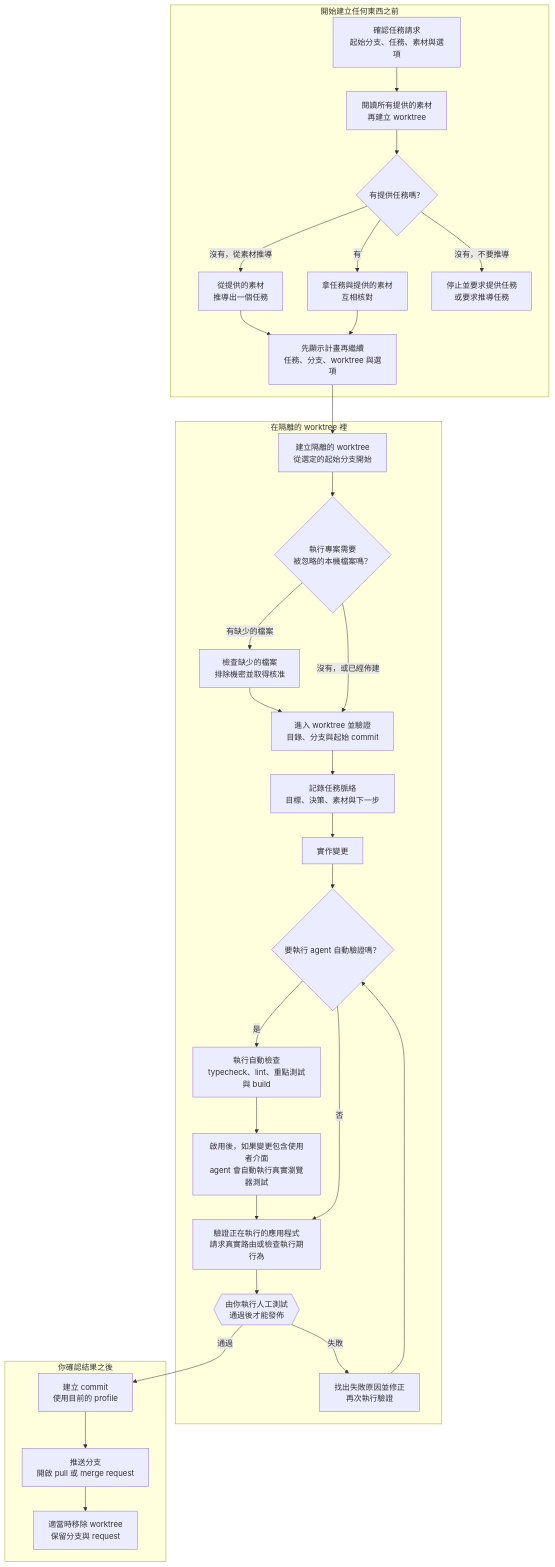
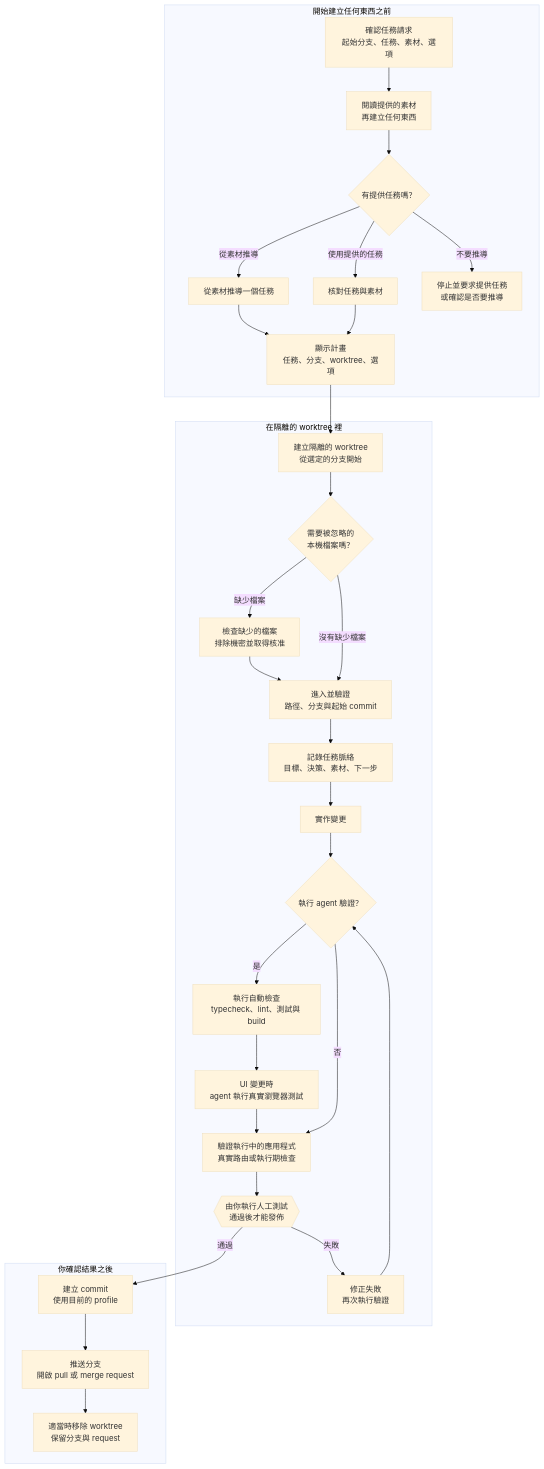
One commit to sherrilla71940/dotfiles changed the second of 3 diagrams in README.zh-TW.md. Above: the diagram before and after it, drawn with Mermaid. The commit also changed other lines of this file and 1 other file, not shown here.

Commit message:
docs(readme): clarify Mermaid workflow diagrams

````diff
--- a/README.zh-TW.md
+++ b/README.zh-TW.md
@@ -187,54 +188,55 @@
 ```mermaid
+%%{init: {"theme": "base", "themeVariables": {"fontSize": "16px", "fontFamily": "system-ui, sans-serif"}}}%%
 flowchart TD
     subgraph resolve["開始建立任何東西之前"]
-        A["確認任務請求<br/>起始分支、任務、素材與選項"]
-        B["閱讀所有提供的素材<br/>再建立 worktree"]
+        A["確認任務請求<br/>起始分支、任務、素材、選項"]
+        B["閱讀提供的素材<br/>再建立任何東西"]
         C{"有提供任務嗎？"}
-        D["從提供的素材<br/>推導出一個任務"]
-        E["拿任務與提供的素材<br/>互相核對"]
-        F["先顯示計畫再繼續<br/>任務、分支、worktree 與選項"]
-        Z["停止並要求提供任務<br/>或要求推導任務"]
+        D["從素材推導一個任務"]
+        E["核對任務與素材"]
+        F["顯示計畫<br/>任務、分支、worktree、選項"]
+        Z["停止並要求提供任務<br/>或確認是否要推導"]
         A --> B --> C
-        C -->|"沒有，從素材推導"| D
-        C -->|"有"| E
-        C -->|"沒有，不要推導"| Z
+        C -->|"從素材推導"| D
+        C -->|"使用提供的任務"| E
+        C -->|"不要推導"| Z
         D --> F
         E --> F
     end
 
     subgraph isolate["在隔離的 worktree 裡"]
-        G["建立隔離的 worktree<br/>從選定的起始分支開始"]
-        H{"執行專案需要<br/>被忽略的本機檔案嗎？"}
+        G["建立隔離的 worktree<br/>從選定的分支開始"]
+        H{"需要被忽略的<br/>本機檔案嗎？"}
         I["檢查缺少的檔案<br/>排除機密並取得核准"]
-        J["進入 worktree 並驗證<br/>目錄、分支與起始 commit"]
-        K["記錄任務脈絡<br/>目標、決策、素材與下一步"]
+        J["進入並驗證<br/>路徑、分支與起始 commit"]
+        K["記錄任務脈絡<br/>目標、決策、素材、下一步"]
         L["實作變更"]
-        M{"要執行 agent 自動驗證嗎？"}
-        N["執行自動檢查<br/>typecheck、lint、重點測試與 build"]
-        N2["啟用後，如果變更包含使用者介面<br/>agent 會自動執行真實瀏覽器測試"]
-        N3["驗證正在執行的應用程式<br/>請求真實路由或檢查執行期行為"]
+        M{"執行 agent 驗證？"}
+        N["執行自動檢查<br/>typecheck、lint、測試與 build"]
+        N2["UI 變更時<br/>agent 執行真實瀏覽器測試"]
+        N3["驗證執行中的應用程式<br/>真實路由或執行期檢查"]
         O{{"由你執行人工測試<br/>通過後才能發佈"}}
-        P["找出失敗原因並修正<br/>再次執行驗證"]
+        P["修正失敗<br/>再次執行驗證"]
         G --> H
-        H -->|"有缺少的檔案"| I
+        H -->|"缺少檔案"| I
         I --> J
-        H -->|"沒有，或已經佈建"| J
+        H -->|"沒有缺少檔案"| J
         J --> K --> L --> M
         M -->|"是"| N
         N --> N2 --> N3
         M -->|"否"| N3
         N3 --> O
         O -->|"失敗"| P
         P --> M
     end
 
     subgraph publish["你確認結果之後"]
         Q["建立 commit<br/>使用目前的 profile"]
         R["推送分支<br/>開啟 pull 或 merge request"]
         S["適當時移除 worktree<br/>保留分支與 request"]
         Q --> R --> S
     end
 
     F --> G
     O -->|"通過"| Q
 ```
````
